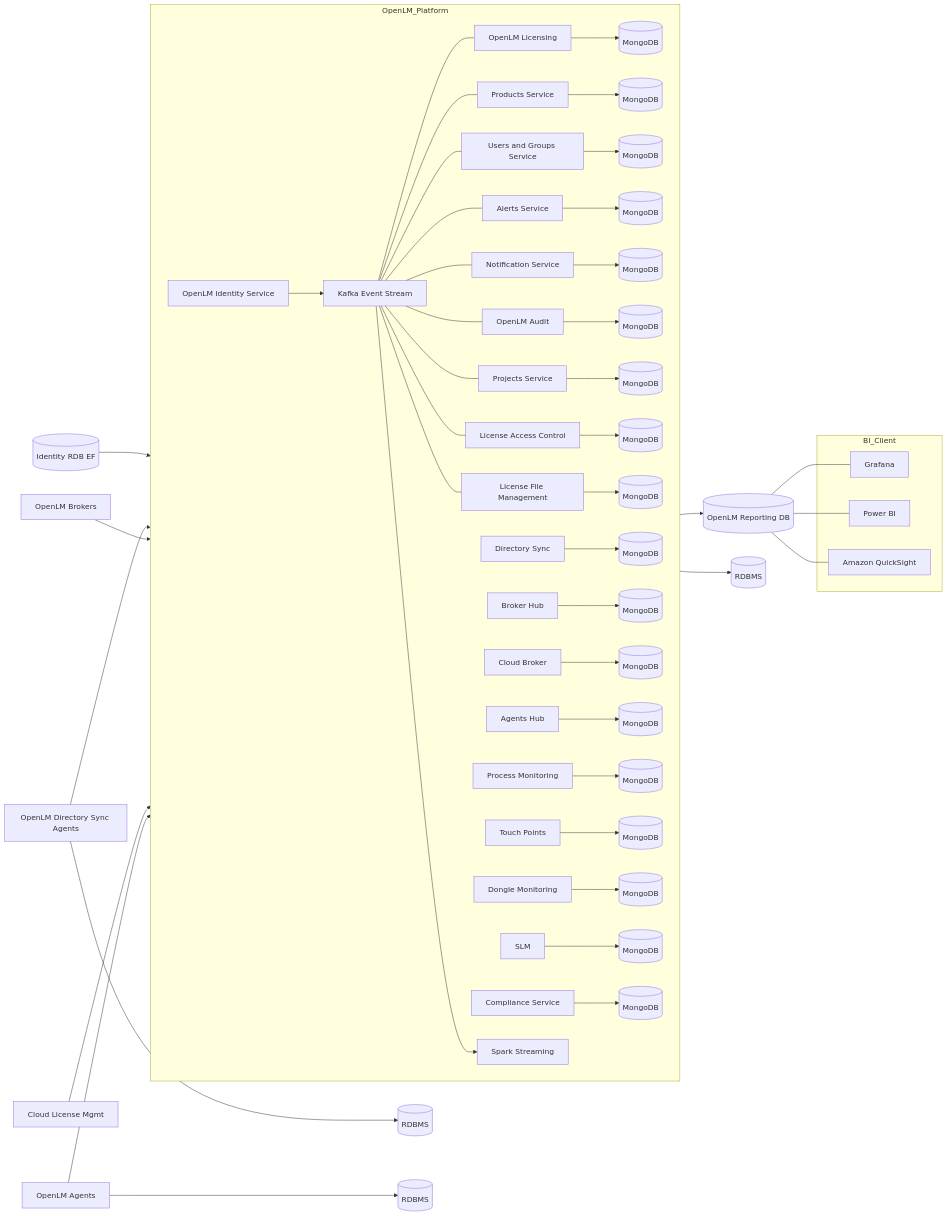
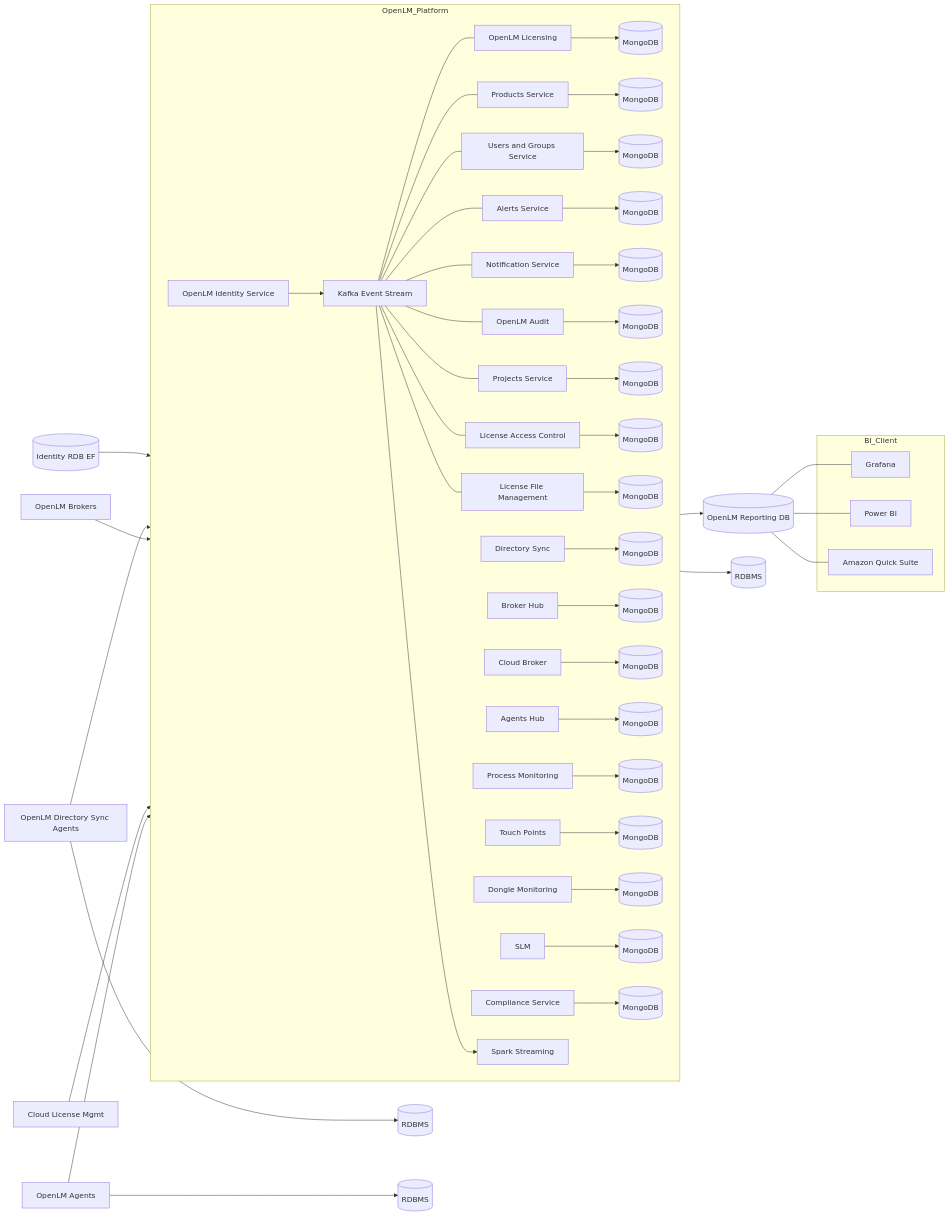
The diagram in docs/cloud/understanding-openlm/architecture.md (mariagilca/documentation), drawn with Mermaid before and after one commit. The commit also changed 567 other files, not shown here.

````diff
--- a/docs/cloud/understanding-openlm/architecture.md
+++ b/docs/cloud/understanding-openlm/architecture.md
@@ -62,65 +62,65 @@
 ```mermaid
 flowchart LR
   subgraph OpenLM_Platform
     direction LR
     identity["OpenLM Identity Service"]
     kafka["Kafka Event Stream"]
 
     licensing["OpenLM Licensing"] --> licensingdb[(MongoDB)]
     products["Products Service"] --> productsdb[(MongoDB)]
     usergroups["Users and Groups Service"] --> usergroupsdb[(MongoDB)]
     alerts["Alerts Service"] --> alertsdb[(MongoDB)]
     notification["Notification Service"] --> notificationdb[(MongoDB)]
     audit["OpenLM Audit"] --> auditdb[(MongoDB)]
     projects["Projects Service"] --> projectsdb[(MongoDB)]
     lac["License Access Control"] --> lacdb[(MongoDB)]
     lfm["License File Management"] --> lfmdb[(MongoDB)]
     directorysync["Directory Sync"] --> directorysyncdb[(MongoDB)]
     brokerhub["Broker Hub"] --> brokerhubdb[(MongoDB)]
     cloudbroker["Cloud Broker"] --> cloudbrokerdb[(MongoDB)]
     agentshub["Agents Hub"] --> agentshubdb[(MongoDB)]
     processmonitor["Process Monitoring"] --> processmonitordb[(MongoDB)]
     touchpoints["Touch Points"] --> touchpointsdb[(MongoDB)]
     donglemonitor["Dongle Monitoring"] --> donglemonitordb[(MongoDB)]
     slm["SLM"] --> slmdb[(MongoDB)]
     compliance["Compliance Service"] --> compliancedb[(MongoDB)]
 
     spark["Spark Streaming"]
   end
 
   subgraph BI_Client
     grafana["Grafana"]
     powerbi["Power BI"]
-    quicksight["Amazon QuickSight"]
+    quicksuite["Amazon Quick Suite"]
   end
 
   iddb[(Identity RDB EF)] --> identity
   identity --> kafka
 
   %% Services listen/publish via Kafka
   kafka --- licensing
   kafka --- products
   kafka --- usergroups
   kafka --- alerts
   kafka --- notification
   kafka --- audit
   kafka --- projects
   kafka --- lac
   kafka --- lfm
   kafka --> spark --> reportingdb[(OpenLM Reporting DB)]
 
   reportingdb --- grafana
   reportingdb --- powerbi
-  reportingdb --- quicksight
+  reportingdb --- quicksuite
 
   %% External agents/sources
   syncagents["OpenLM Directory Sync Agents"] --> directorysync
   syncagents --> rdbms1[(RDBMS)]
 
   brokers["OpenLM Brokers"] --> brokerhub
   cloudmgmt["Cloud License Mgmt"] --> cloudbroker
 
   agents["OpenLM Agents"] --> agentshub
   agents --> rdbms2[(RDBMS)]
   slm --> rdbms3[(RDBMS)]
 ```
````
